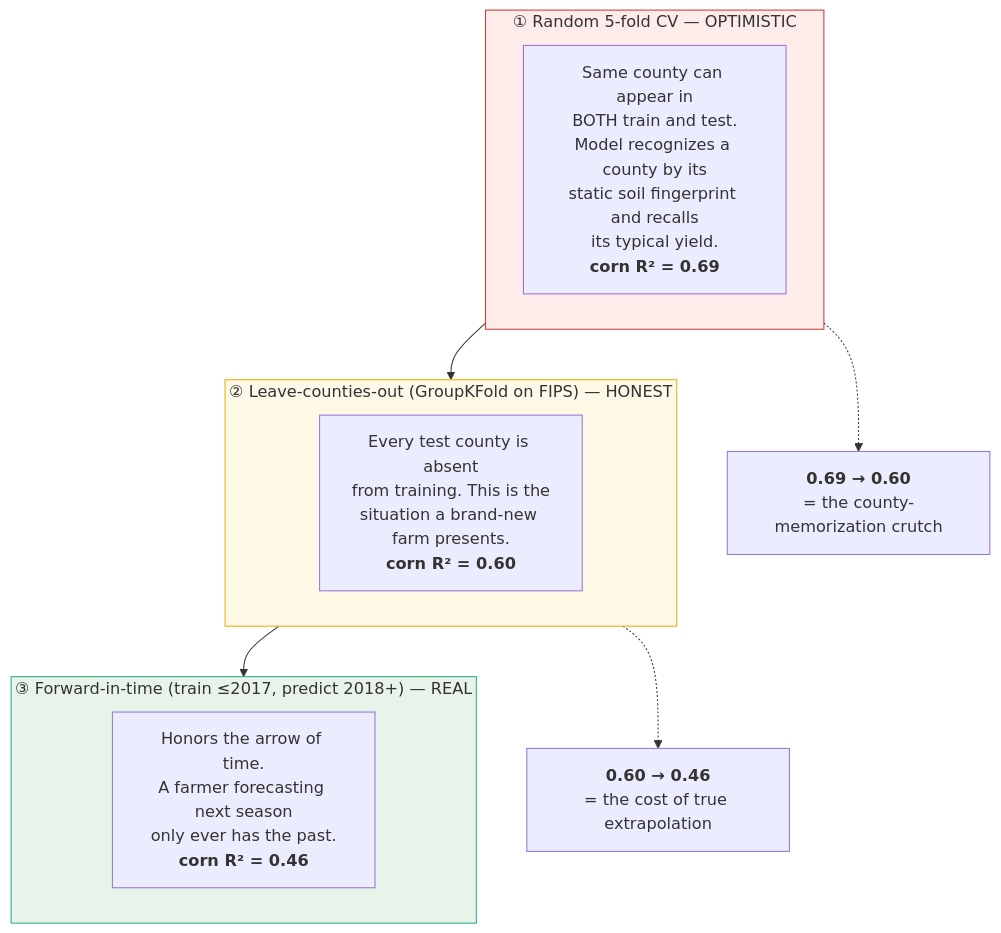
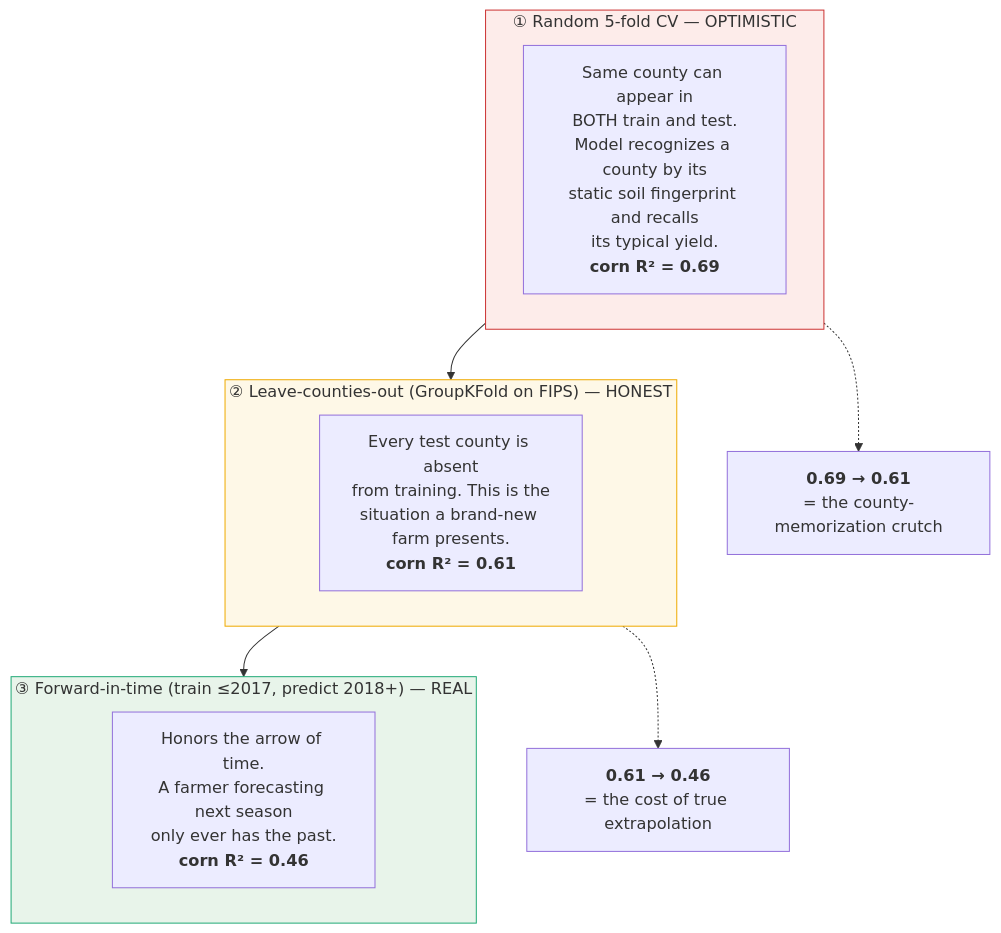
Before and after one commit to tannavr898/strata: the sixth of 11 diagrams in docs/METHODS.md, drawn with Mermaid. The commit also changed other lines of this file and 46 other files, not shown here.

````diff
--- a/docs/METHODS.md
+++ b/docs/METHODS.md
@@ -588,20 +593,20 @@
 ```mermaid
 flowchart TD
     subgraph R["① Random 5-fold CV — OPTIMISTIC"]
         R1["Same county can appear in<br/>BOTH train and test.<br/>Model recognizes a county by its<br/>static soil fingerprint and recalls<br/>its typical yield.<br/><b>corn R² = 0.69</b>"]
     end
     subgraph G["② Leave-counties-out (GroupKFold on FIPS) — HONEST"]
-        G1["Every test county is absent<br/>from training. This is the<br/>situation a brand-new farm presents.<br/><b>corn R² = 0.60</b>"]
+        G1["Every test county is absent<br/>from training. This is the<br/>situation a brand-new farm presents.<br/><b>corn R² = 0.61</b>"]
     end
     subgraph F["③ Forward-in-time (train ≤2017, predict 2018+) — REAL"]
         F1["Honors the arrow of time.<br/>A farmer forecasting next season<br/>only ever has the past.<br/><b>corn R² = 0.46</b>"]
     end
     R --> G --> F
-    N1["<b>0.69 → 0.60</b><br/>= the county-memorization crutch"]
-    N2["<b>0.60 → 0.46</b><br/>= the cost of true extrapolation"]
+    N1["<b>0.69 → 0.61</b><br/>= the county-memorization crutch"]
+    N2["<b>0.61 → 0.46</b><br/>= the cost of true extrapolation"]
     R -.-> N1
     G -.-> N2
     style R fill:#fdecea,stroke:#c33
     style G fill:#fef8e7,stroke:#ea0
     style F fill:#e8f4ea,stroke:#2a7
 ```
````
